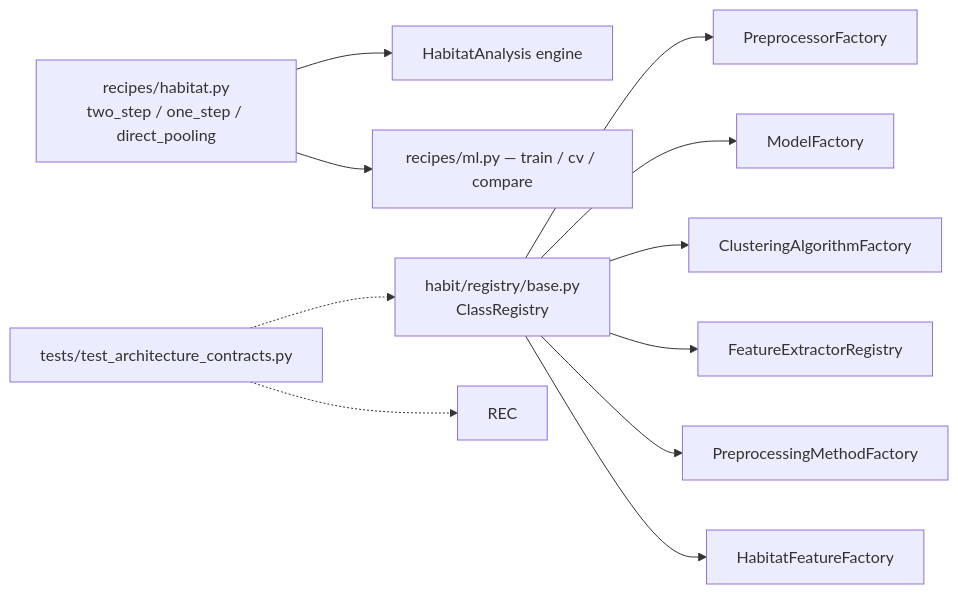
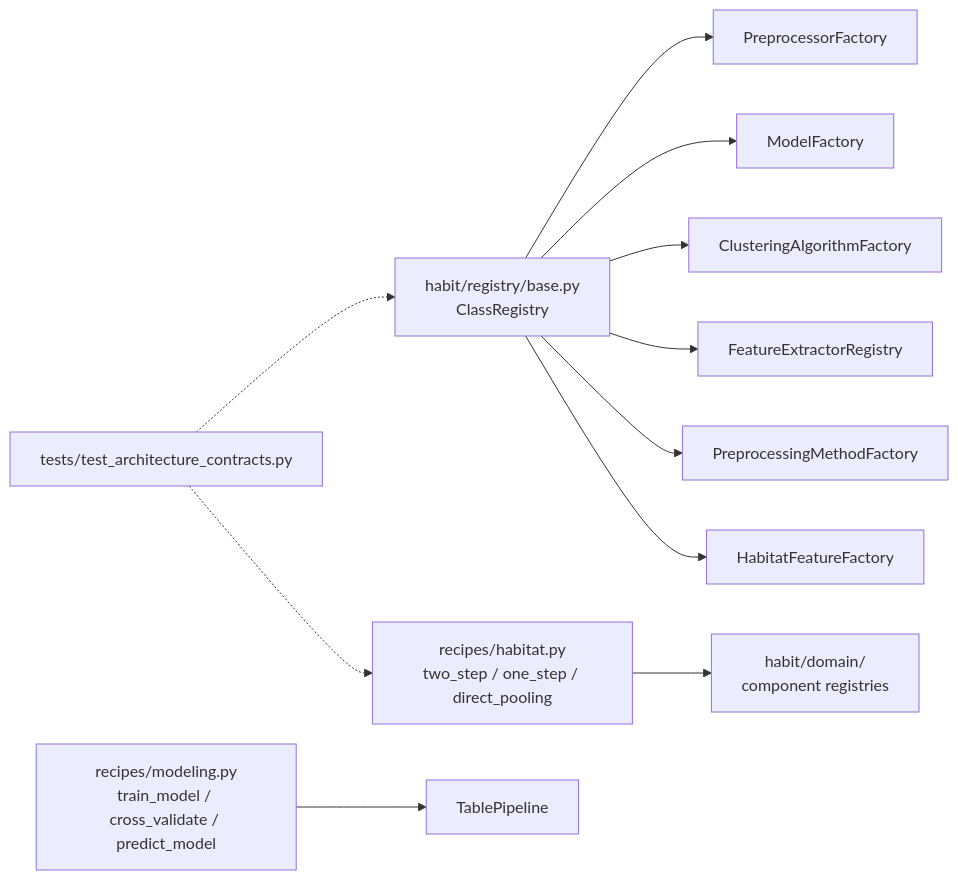
Before and after one commit to lichao312214129/HABIT: the second of 2 diagrams in docs/source/development/repo_layout.rst, drawn with Mermaid. The commit also changed other lines of this file and 13 other files, not shown here.

```diff
--- a/docs/source/development/repo_layout.rst
+++ b/docs/source/development/repo_layout.rst
@@ -137,15 +172,15 @@
 .. mermaid::
 
    flowchart LR
      REG["habit/registry/base.py<br/>ClassRegistry"] --> PF["PreprocessorFactory"]
      REG --> MF["ModelFactory"]
      REG --> CF["ClusteringAlgorithmFactory"]
      REG --> EF["FeatureExtractorRegistry"]
      REG --> PP["PreprocessingMethodFactory"]
      REG --> HF["HabitatFeatureFactory"]
 
-     ORC["recipes/habitat.py<br/>two_step / one_step / direct_pooling"] --> HA["HabitatAnalysis engine"]
-     ORC --> HW["recipes/ml.py — train / cv / compare"]
+     ORC["recipes/habitat.py<br/>two_step / one_step / direct_pooling"] --> DOM["habit/domain/<br/>component registries"]
+     ORC2["recipes/modeling.py<br/>train_model / cross_validate / predict_model"] --> TP["TablePipeline"]
 
      TST["tests/test_architecture_contracts.py"] -.-> REG
-     TST -.-> REC
+     TST -.-> ORC
```
